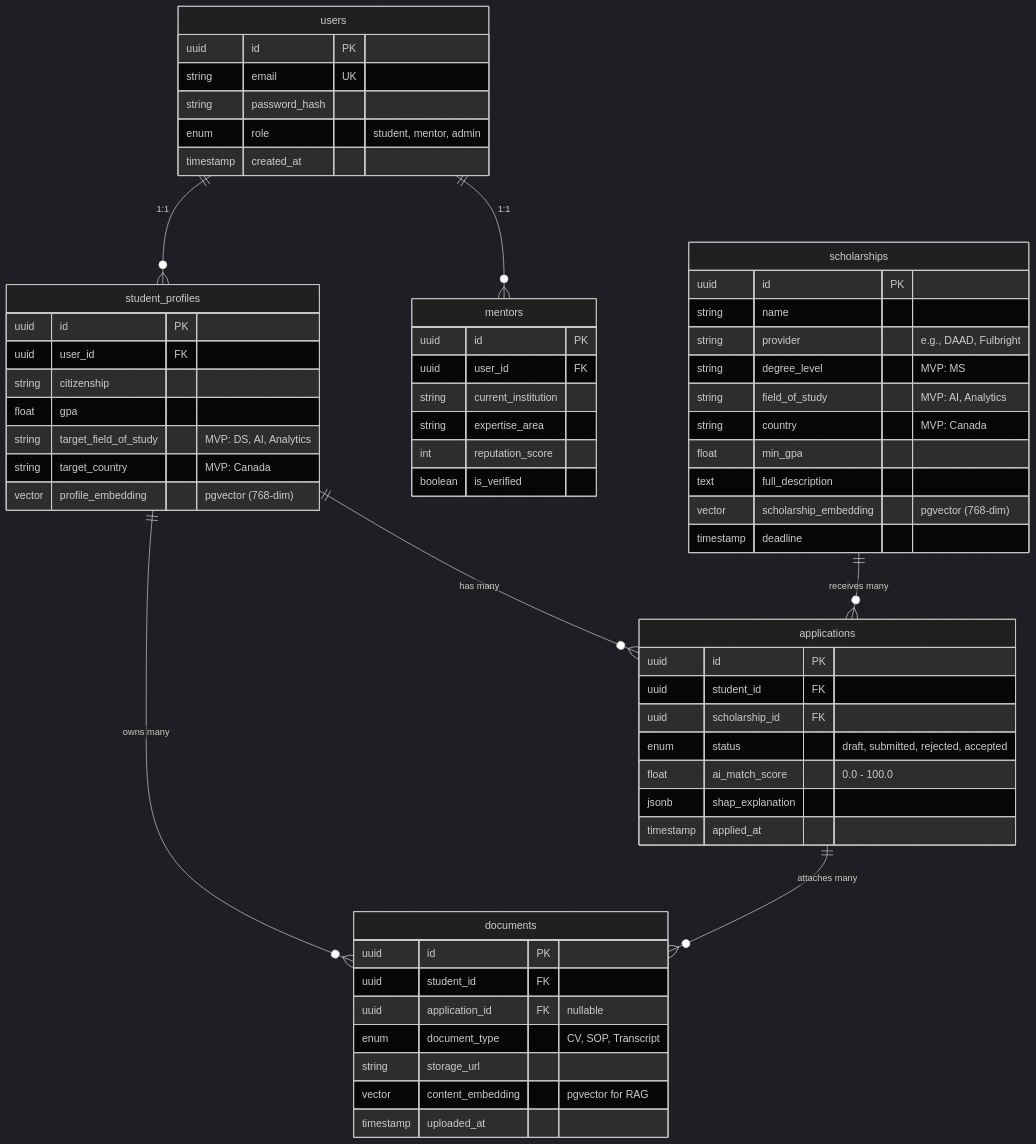
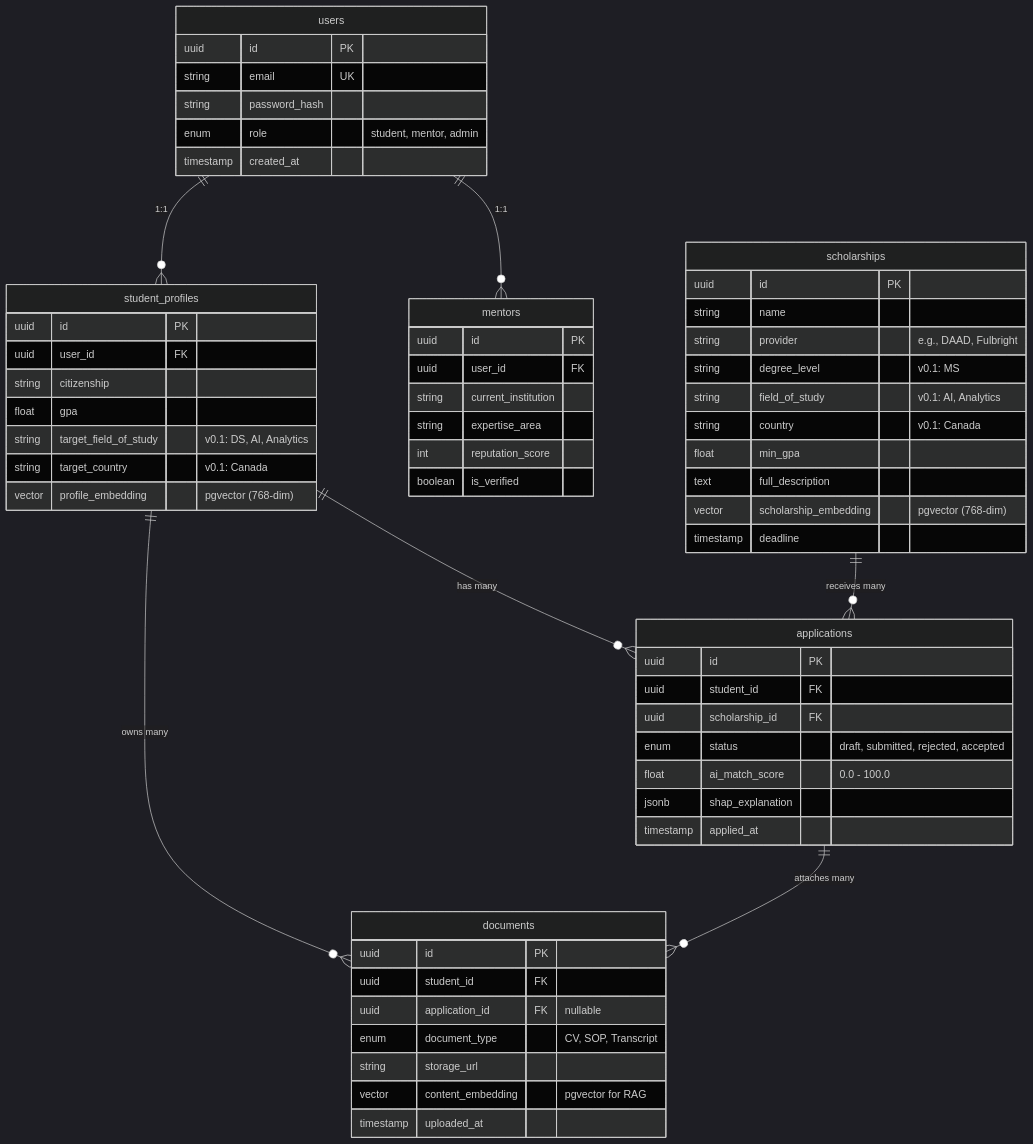
One commit to HaiderNaqvi-5/scholarai-platform changed the diagram in docs/database_schema.md. Above: the diagram before and after it, drawn with Mermaid (dark theme). The commit also changed other lines of this file and 43 other files, not shown here.

````diff
--- a/docs/database_schema.md
+++ b/docs/database_schema.md
@@ -13,69 +13,69 @@
 ```mermaid
 erDiagram
     users ||--o{ student_profiles : "1:1"
     users ||--o{ mentors : "1:1"
     student_profiles ||--o{ applications : "has many"
     scholarships ||--o{ applications : "receives many"
     student_profiles ||--o{ documents : "owns many"
     applications ||--o{ documents : "attaches many"
 
     users {
         uuid id PK
         string email UK
         string password_hash
         enum role "student, mentor, admin"
         timestamp created_at
     }
 
     student_profiles {
         uuid id PK
         uuid user_id FK
         string citizenship
         float gpa
-        string target_field_of_study "MVP: DS, AI, Analytics"
-        string target_country "MVP: Canada"
+        string target_field_of_study "v0.1: DS, AI, Analytics"
+        string target_country "v0.1: Canada"
         vector profile_embedding "pgvector (768-dim)"
     }
 
     scholarships {
         uuid id PK
         string name
         string provider "e.g., DAAD, Fulbright"
-        string degree_level "MVP: MS"
-        string field_of_study "MVP: AI, Analytics"
-        string country "MVP: Canada"
+        string degree_level "v0.1: MS"
+        string field_of_study "v0.1: AI, Analytics"
+        string country "v0.1: Canada"
         float min_gpa
         text full_description
         vector scholarship_embedding "pgvector (768-dim)"
         timestamp deadline
     }
 
     applications {
         uuid id PK
         uuid student_id FK
         uuid scholarship_id FK
         enum status "draft, submitted, rejected, accepted"
         float ai_match_score "0.0 - 100.0"
         jsonb shap_explanation
         timestamp applied_at
     }
 
     documents {
         uuid id PK
         uuid student_id FK
         uuid application_id FK "nullable"
         enum document_type "CV, SOP, Transcript"
         string storage_url
         vector content_embedding "pgvector for RAG"
         timestamp uploaded_at
     }
 
     mentors {
         uuid id PK
         uuid user_id FK
         string current_institution
         string expertise_area
         int reputation_score
         boolean is_verified
     }
 ```
````
